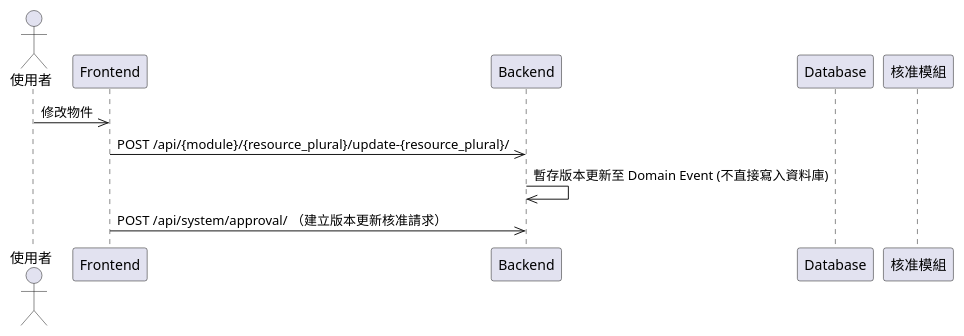
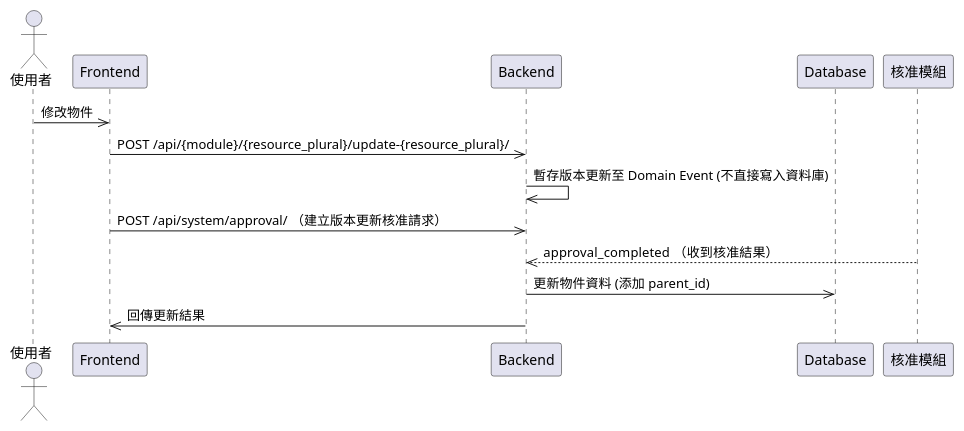
The diagram in plantUML/sequence/verison_create.puml (walle45611/NTUB_SecuManag_Diagram), drawn with PlantUML before and after one commit. The commit also changed 4 other files, not shown here.

Commit message:
feat: 更新流程圖，新增核准結果處理及資料儲存流程

```diff
--- a/plantUML/sequence/verison_create.puml
+++ b/plantUML/sequence/verison_create.puml
@@ -1,12 +1,15 @@
 @startuml
 actor User as "使用者"
 participant Frontend
 participant Backend
 participant Database
 participant Approval as "核准模組"
 
 User->>Frontend: 修改物件
 Frontend->>Backend: POST /api/{module}/{resource_plural}/update-{resource_plural}/
 Backend->>Backend: 暫存版本更新至 Domain Event (不直接寫入資料庫)
 Frontend ->> Backend: POST /api/system/approval/ （建立版本更新核准請求）
+Approval -->> Backend: approval_completed  （收到核准結果）
+Backend->>Database: 更新物件資料 (添加 parent_id)
+Backend->>Frontend: 回傳更新結果
 @enduml
```
